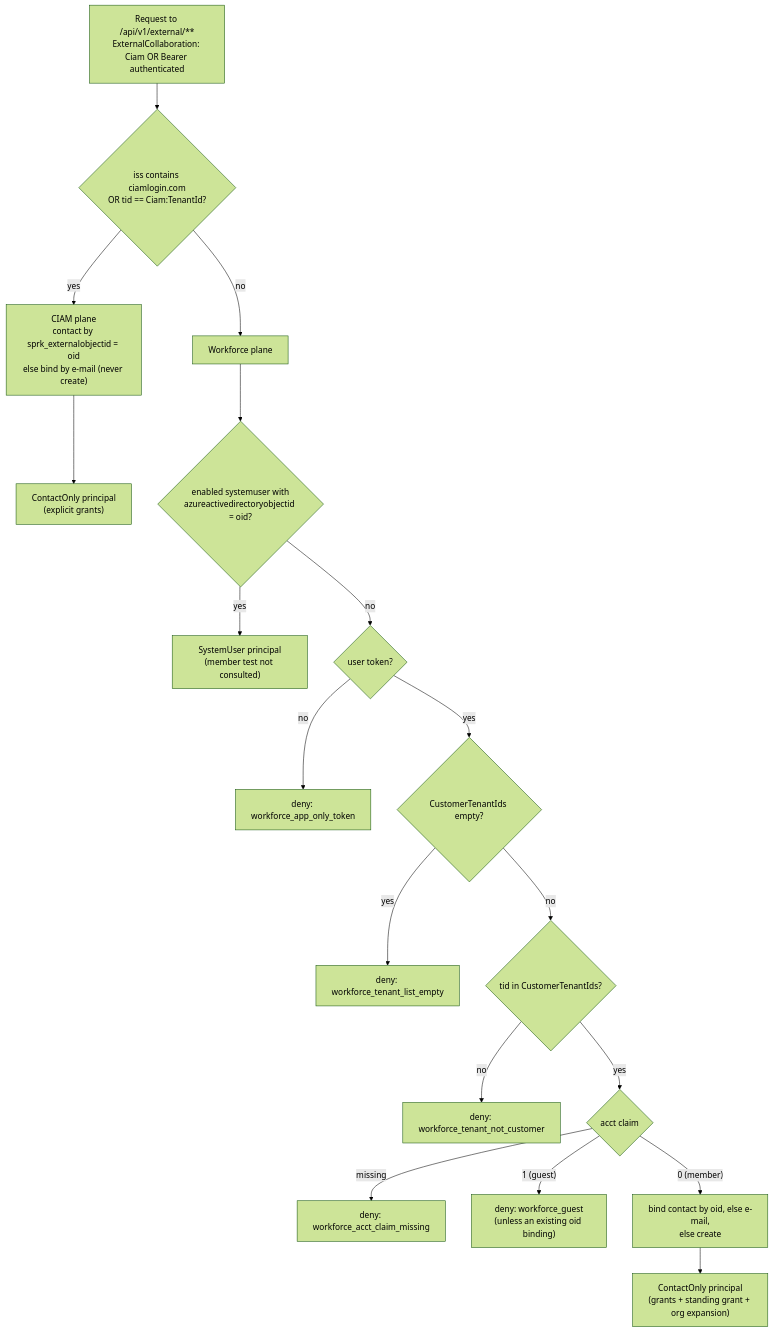
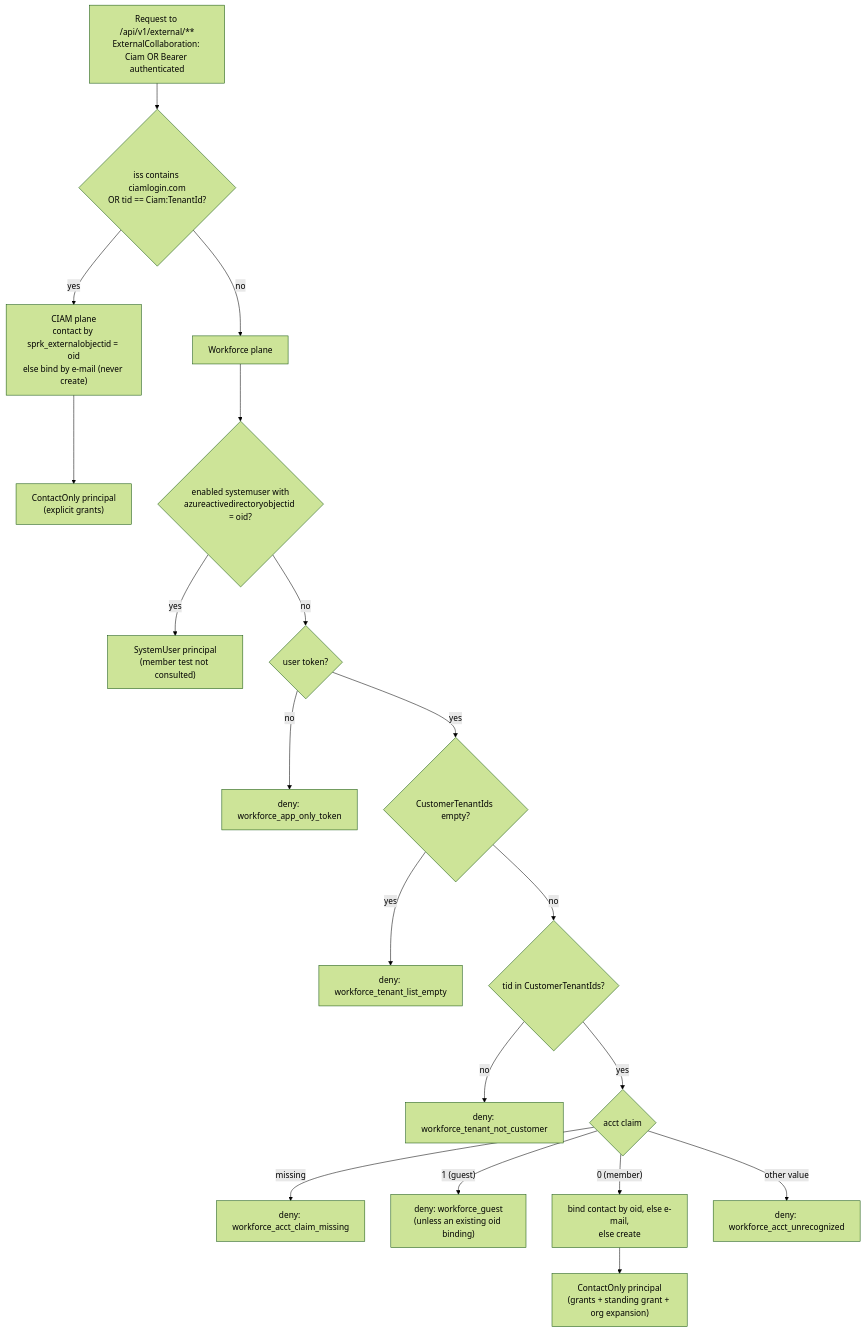
The sixth of 7 diagrams in docs/architecture/SPAARKE-AUTH-ARCHITECTURE.md (spaarke-dev/spaarke), drawn with Mermaid (forest theme) before and after one commit. The commit also changed other lines of this file and 3 other files, not shown here.

First line of the commit message:
docs(auth-sor): apply independent trace-check to the auth architecture

````diff
--- a/docs/architecture/SPAARKE-AUTH-ARCHITECTURE.md
+++ b/docs/architecture/SPAARKE-AUTH-ARCHITECTURE.md
@@ -442,20 +442,21 @@
 ```mermaid
 flowchart TD
   A["Request to /api/v1/external/**<br/>ExternalCollaboration: Ciam OR Bearer authenticated"] --> P{"iss contains ciamlogin.com<br/>OR tid == Ciam:TenantId?"}
   P -- yes --> C["CIAM plane<br/>contact by sprk_externalobjectid = oid<br/>else bind by e-mail (never create)"]
   C --> CP["ContactOnly principal<br/>(explicit grants)"]
   P -- no --> W["Workforce plane"]
   W --> SU{"enabled systemuser with<br/>azureactivedirectoryobjectid = oid?"}
   SU -- yes --> SUP["SystemUser principal<br/>(member test not consulted)"]
   SU -- no --> K{"user token?"}
   K -- no --> D1["deny: workforce_app_only_token"]
   K -- yes --> L{"CustomerTenantIds empty?"}
   L -- yes --> D2["deny: workforce_tenant_list_empty"]
   L -- no --> T{"tid in CustomerTenantIds?"}
   T -- no --> D3["deny: workforce_tenant_not_customer"]
   T -- yes --> AC{"acct claim"}
   AC -- missing --> D4["deny: workforce_acct_claim_missing"]
   AC -- "1 (guest)" --> D5["deny: workforce_guest<br/>(unless an existing oid binding)"]
   AC -- "0 (member)" --> M["bind contact by oid, else e-mail,<br/>else create"]
+  AC -- "other value" --> D6["deny: workforce_acct_unrecognized"]
   M --> WCP["ContactOnly principal<br/>(grants + standing grant + org expansion)"]
 ```
````
